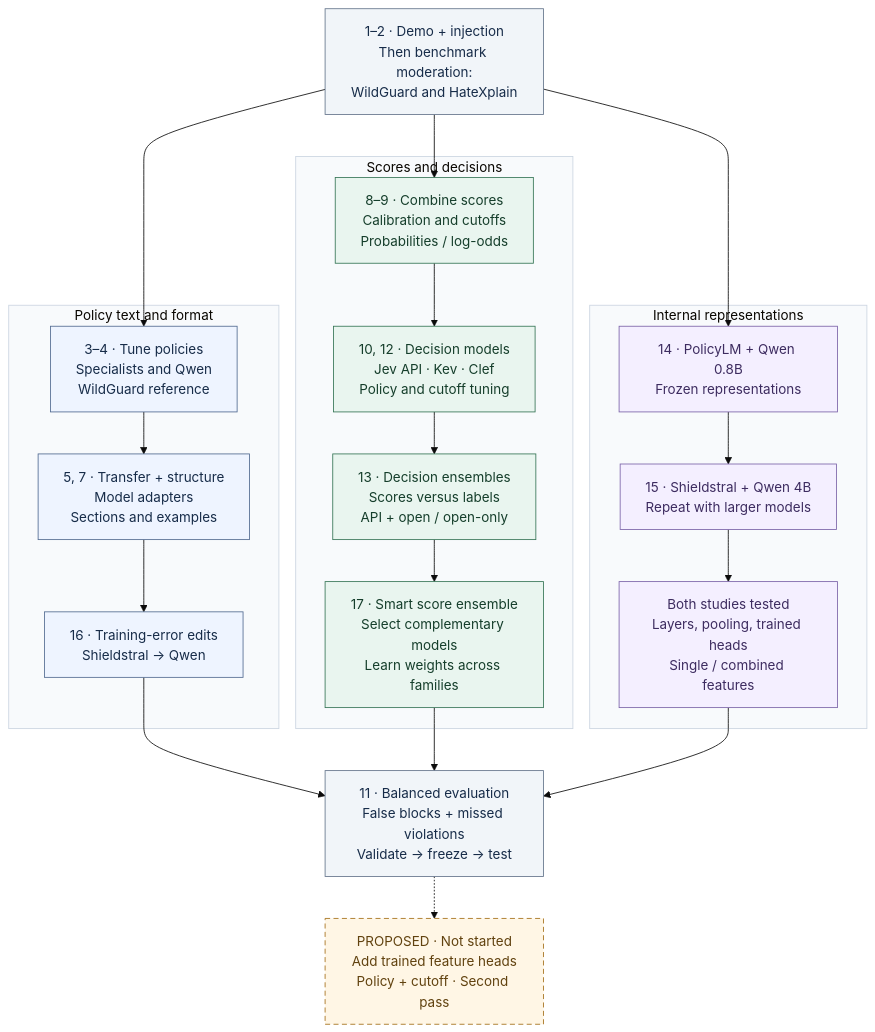
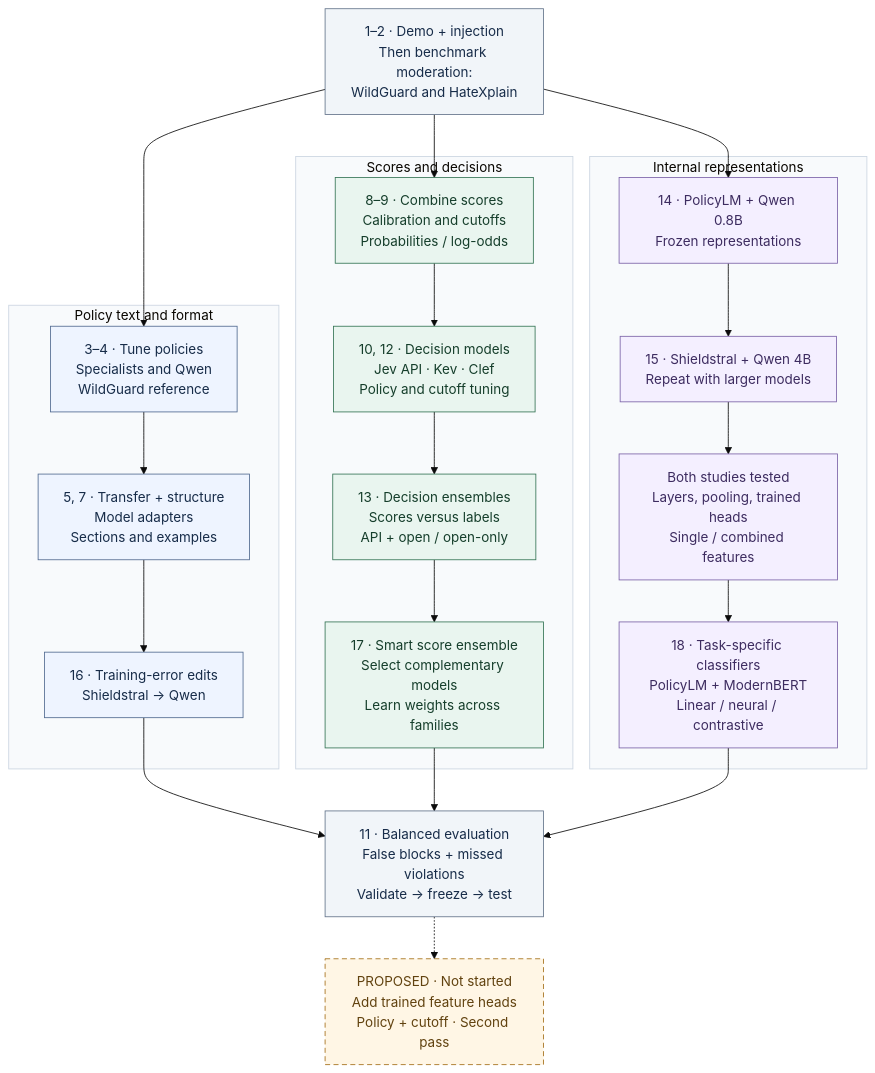
The diagram in README.md (harshsinghal/safeguard-eval), drawn with Mermaid (base theme) before and after one commit. The commit also changed other lines of this file and 124 other files, not shown here.

````diff
--- a/README.md
+++ b/README.md
@@ -19,49 +19,50 @@
 ```mermaid
 flowchart TB
     START["1–2 · Demo + injection<br/>Then benchmark moderation:<br/>WildGuard and HateXplain"]
 
     subgraph POLICY["Policy text and format"]
         P1["3–4 · Tune policies<br/>Specialists and Qwen<br/>WildGuard reference"]
         P2["5, 7 · Transfer + structure<br/>Model adapters<br/>Sections and examples"]
         P3["16 · Training-error edits<br/>Shieldstral → Qwen"]
         P1 --> P2 --> P3
     end
 
     subgraph SCORES["Scores and decisions"]
         S1["8–9 · Combine scores<br/>Calibration and cutoffs<br/>Probabilities / log-odds"]
         S2["10, 12 · Decision models<br/>Jev API · Kev · Clef<br/>Policy and cutoff tuning"]
         S3["13 · Decision ensembles<br/>Scores versus labels<br/>API + open / open-only"]
         S4["17 · Smart score ensemble<br/>Select complementary models<br/>Learn weights across families"]
         S1 --> S2 --> S3 --> S4
     end
 
     subgraph FEATURES["Internal representations"]
         F1["14 · PolicyLM + Qwen 0.8B<br/>Frozen representations"]
         F2["15 · Shieldstral + Qwen 4B<br/>Repeat with larger models"]
         F3["Both studies tested<br/>Layers, pooling, trained heads<br/>Single / combined features"]
-        F1 --> F2 --> F3
+        F4["18 · Task-specific classifiers<br/>PolicyLM + ModernBERT<br/>Linear / neural / contrastive"]
+        F1 --> F2 --> F3 --> F4
     end
 
     START --> P1
     START --> S1
     START --> F1
     P3 --> EVIDENCE
     S4 --> EVIDENCE
-    F3 --> EVIDENCE
+    F4 --> EVIDENCE
     EVIDENCE["11 · Balanced evaluation<br/>False blocks + missed violations<br/>Validate → freeze → test"]
     EVIDENCE -.-> NEXT["PROPOSED · Not started<br/>Add trained feature heads<br/>Policy + cutoff · Second pass"]
 
     classDef neutral fill:#f1f5f9,stroke:#64748b,color:#172c49;
     classDef policy fill:#eef4ff,stroke:#526b91,color:#172c49;
     classDef scores fill:#e9f5ef,stroke:#367556,color:#153e2b;
     classDef features fill:#f4efff,stroke:#7b63a8,color:#3d2c60;
     classDef proposed fill:#fff6e5,stroke:#a36e16,color:#61420f,stroke-dasharray:6 4;
     class START,EVIDENCE neutral;
     class P1,P2,P3 policy;
     class S1,S2,S3,S4 scores;
-    class F1,F2,F3 features;
+    class F1,F2,F3,F4 features;
     class NEXT proposed;
     style POLICY fill:#f8fafc,stroke:#cbd5e1
     style SCORES fill:#f8fafc,stroke:#cbd5e1
     style FEATURES fill:#f8fafc,stroke:#cbd5e1
 ```
````
